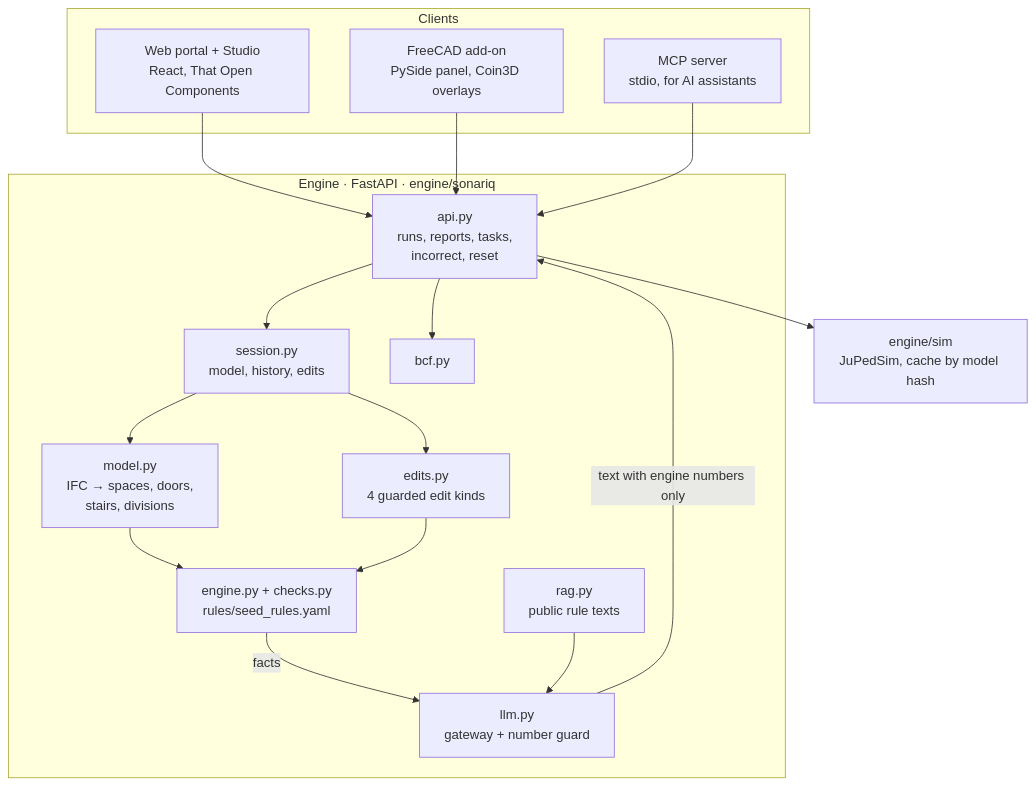
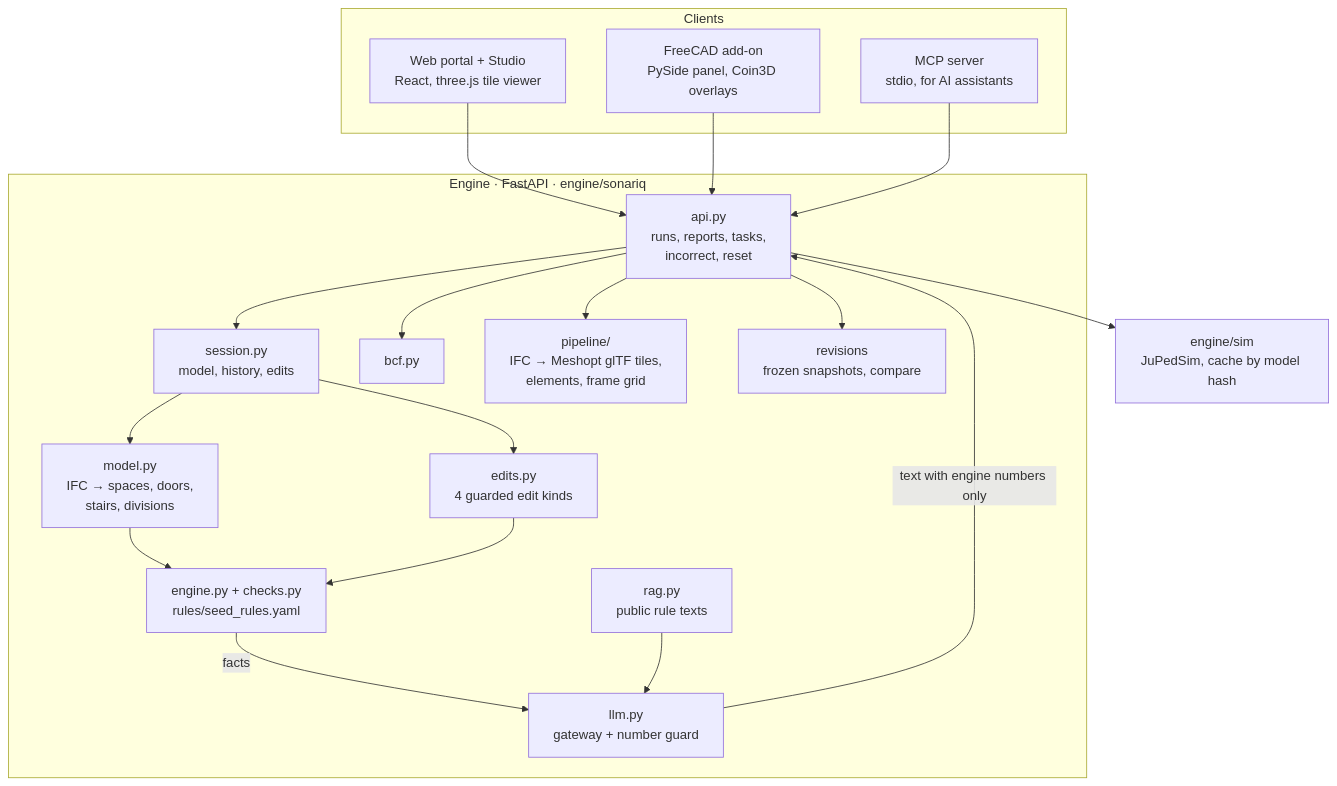
The diagram in ARCHITECTURE.md (ermiappz/sonariq), drawn with Mermaid before and after one commit. The commit also changed other lines of this file and 77 other files, not shown here.

````diff
--- a/ARCHITECTURE.md
+++ b/ARCHITECTURE.md
@@ -5,27 +5,31 @@
 ```mermaid
 flowchart TB
   subgraph Clients
-    W[Web portal + Studio<br/>React, That Open Components]
+    W[Web portal + Studio<br/>React, three.js tile viewer]
     F[FreeCAD add-on<br/>PySide panel, Coin3D overlays]
     M[MCP server<br/>stdio, for AI assistants]
   end
   subgraph Engine[Engine · FastAPI · engine/sonariq]
     API[api.py<br/>runs, reports, tasks,<br/>incorrect, reset]
     S[session.py<br/>model, history, edits]
     MOD[model.py<br/>IFC → spaces, doors,<br/>stairs, divisions]
     RE[engine.py + checks.py<br/>rules/seed_rules.yaml]
     ED[edits.py<br/>4 guarded edit kinds]
     BCF[bcf.py]
     LLM[llm.py<br/>gateway + number guard]
     RAG[rag.py<br/>public rule texts]
+    PIPE[pipeline/<br/>IFC → Meshopt glTF tiles,<br/>elements, frame grid]
+    REV[revisions<br/>frozen snapshots, compare]
   end
   SIM[engine/sim<br/>JuPedSim, cache by model hash]
   W & F & M --> API
   API --> S --> MOD --> RE
   S --> ED --> RE
   API --> BCF
   API --> SIM
+  API --> PIPE
+  API --> REV
   RE -->|facts| LLM
   RAG --> LLM
   LLM -->|text with engine numbers only| API
 ```
````
